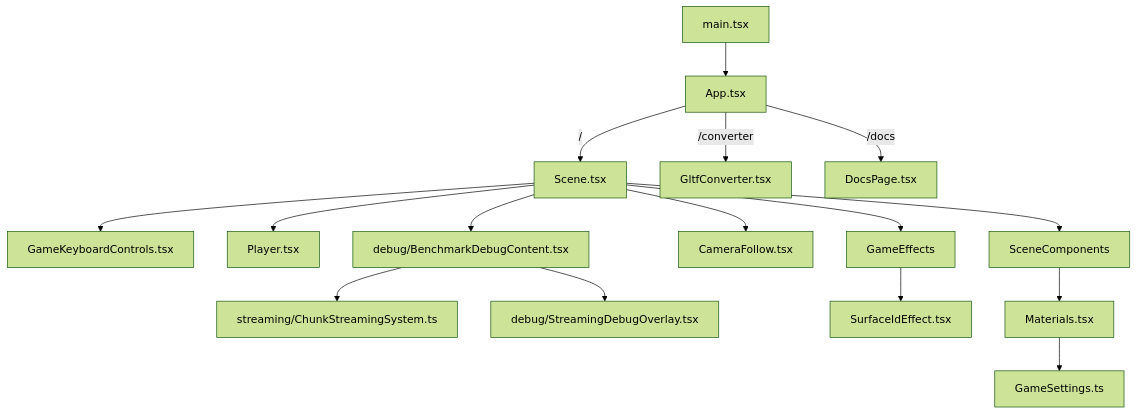
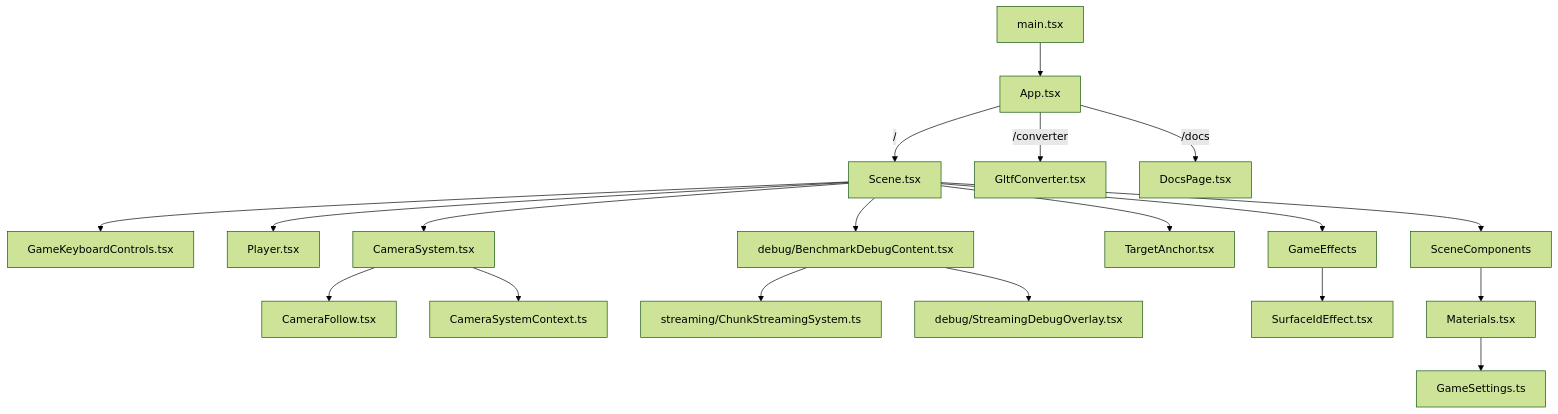
Before and after one commit to petersimmalugnt/IKEA-GAME-Prototype: the diagram in DOCS.md, drawn with Mermaid (forest theme). The commit also changed other lines of this file, not shown here.

Commit message:
docs: update architecture for camera system and streaming

````diff
--- a/DOCS.md
+++ b/DOCS.md
@@ -11,18 +11,21 @@
 ```mermaid
 graph TD
     A[main.tsx] --> B[App.tsx]
     B -->|"/"| C[Scene.tsx]
     B -->|"/converter"| D[GltfConverter.tsx]
     B -->|"/docs"| L[DocsPage.tsx]
     C --> M[GameKeyboardControls.tsx]
     C --> E[Player.tsx]
     C --> F[SceneComponents]
-    C --> G[CameraFollow.tsx]
+    C --> CS[CameraSystem.tsx]
+    C --> TA[TargetAnchor.tsx]
+    CS --> G[CameraFollow.tsx]
+    CS --> CTX[CameraSystemContext.ts]
     C --> H[GameEffects]
     C --> N[debug/BenchmarkDebugContent.tsx]
     N --> O[streaming/ChunkStreamingSystem.ts]
     N --> P[debug/StreamingDebugOverlay.tsx]
     H --> I[SurfaceIdEffect.tsx]
     F --> J[Materials.tsx]
     J --> K[GameSettings.ts]
 ```
````
